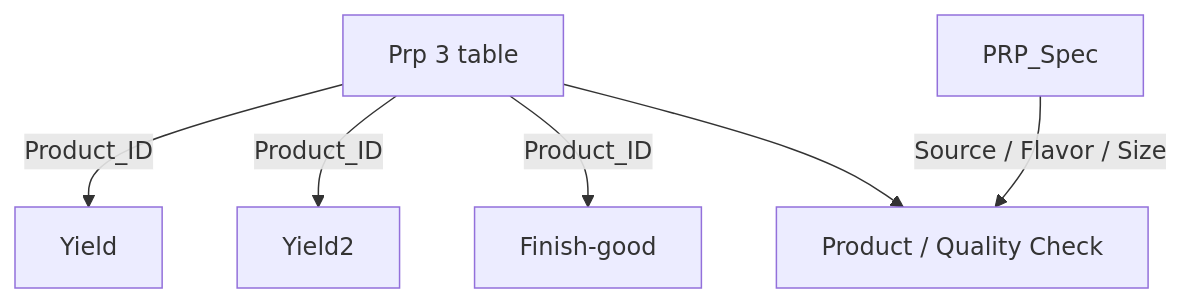
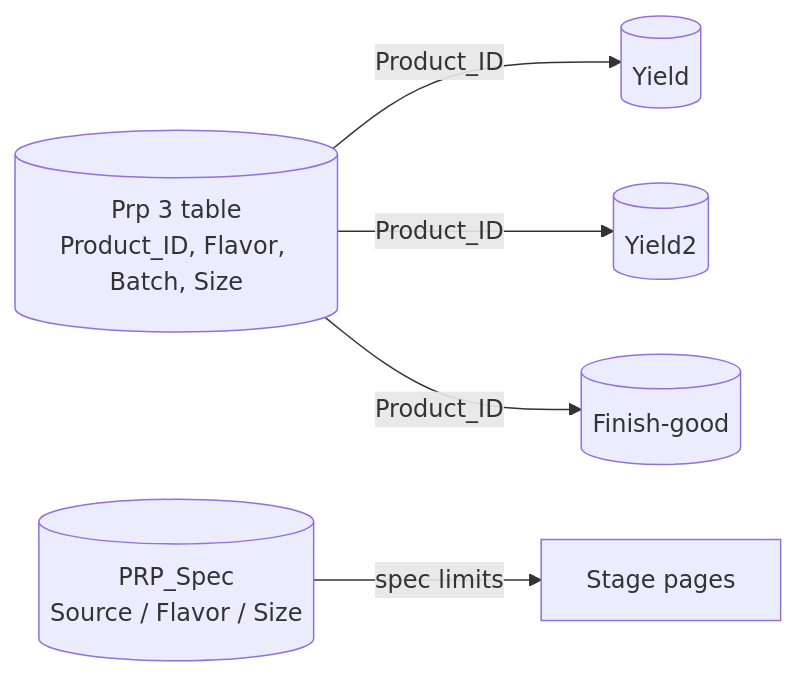
Before and after one commit to Tkyaemsuk/Digitalization_QSM_AND_PRP_Project: the second of 2 diagrams in PRP Dairy Mixing and Quality Control/prp3/readme.md, drawn with Mermaid. The commit also changed other lines of this file, not shown here.

First line of the commit message:
Revise PRP3 readme for clarity and structure

````diff
--- a/PRP Dairy Mixing and Quality Control/prp3/readme.md
+++ b/PRP Dairy Mixing and Quality Control/prp3/readme.md
@@ -269,14 +51,8 @@
 ```mermaid
-flowchart TD
-
-    P["Prp 3 table"]
-
-    P -->|"Product_ID"| Y["Yield"]
-    P -->|"Product_ID"| Y2["Yield2"]
-    P -->|"Product_ID"| FG["Finish-good"]
-
-    S["PRP_Spec"]
-    S -->|"Source / Flavor / Size"| Q["Product / Quality Check"]
-
-    P --> Q
+flowchart LR
+    P[("Prp 3 table<br/>Product_ID, Flavor, Batch, Size")]
+    P -->|Product_ID| Y[("Yield")]
+    P -->|Product_ID| Y2[("Yield2")]
+    P -->|Product_ID| FG[("Finish-good")]
+    S[("PRP_Spec<br/>Source / Flavor / Size")] -->|spec limits| Q["Stage pages"]
 ```
````
